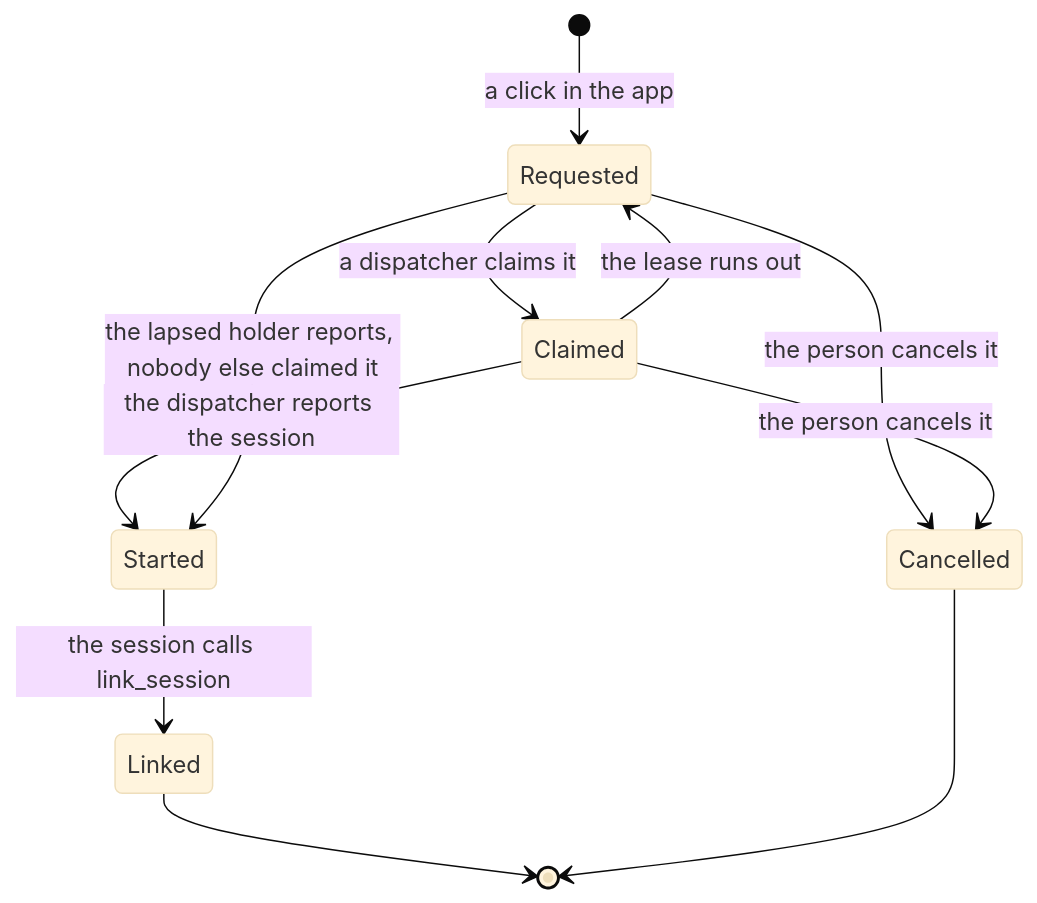
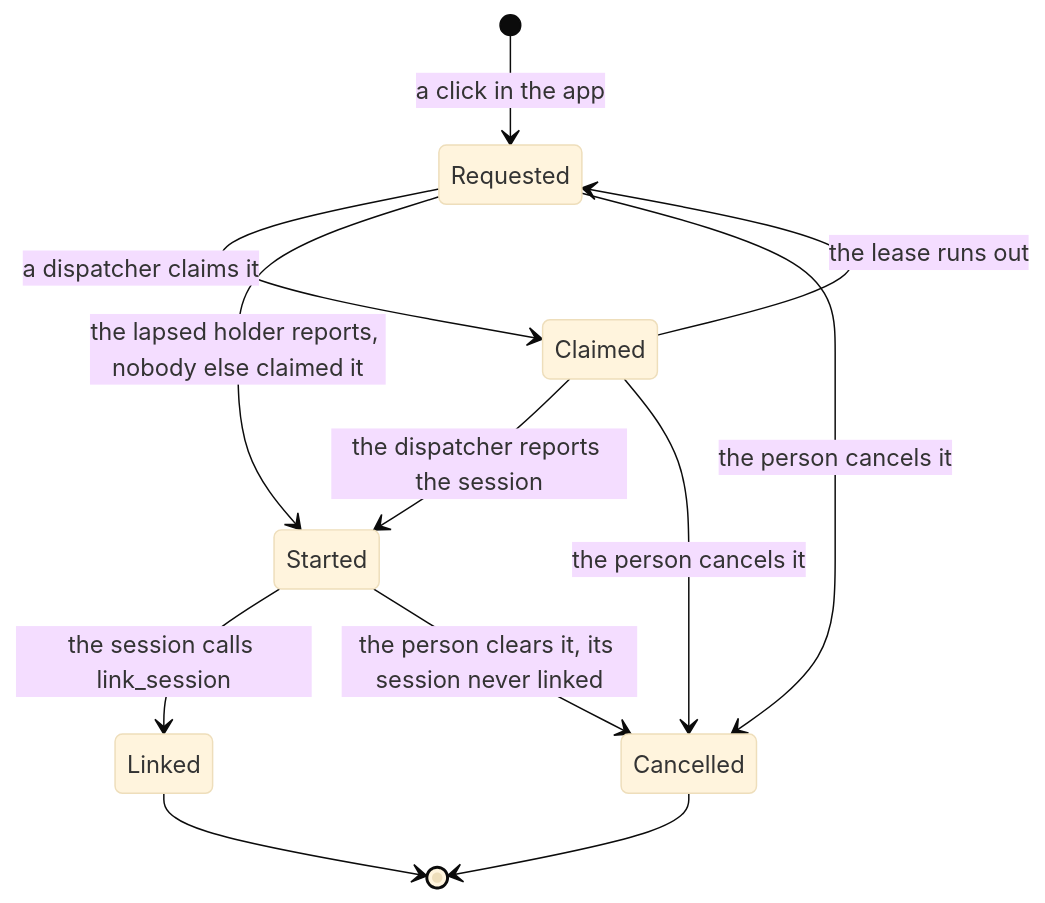
One commit to JSdotNet/Backlog changed the fourth of 7 diagrams in .devbook/domain/sessions/domain.md. Above: the diagram before and after it, drawn with Mermaid (base theme). The commit also changed other lines of this file and 12 other files, not shown here.

First line of the commit message:
feat(sessions): let the person cancel a Started session request

````diff
--- a/.devbook/domain/sessions/domain.md
+++ b/.devbook/domain/sessions/domain.md
@@ -1363,13 +1363,14 @@
 ```mermaid
 stateDiagram-v2
   [*] --> Requested: a click in the app
   Requested --> Claimed: a dispatcher claims it
   Claimed --> Requested: the lease runs out
   Claimed --> Started: the dispatcher reports the session
   Requested --> Started: the lapsed holder reports, nobody else claimed it
   Started --> Linked: the session calls link_session
   Requested --> Cancelled: the person cancels it
   Claimed --> Cancelled: the person cancels it
+  Started --> Cancelled: the person clears it, its session never linked
   Linked --> [*]
   Cancelled --> [*]
 ```
````
